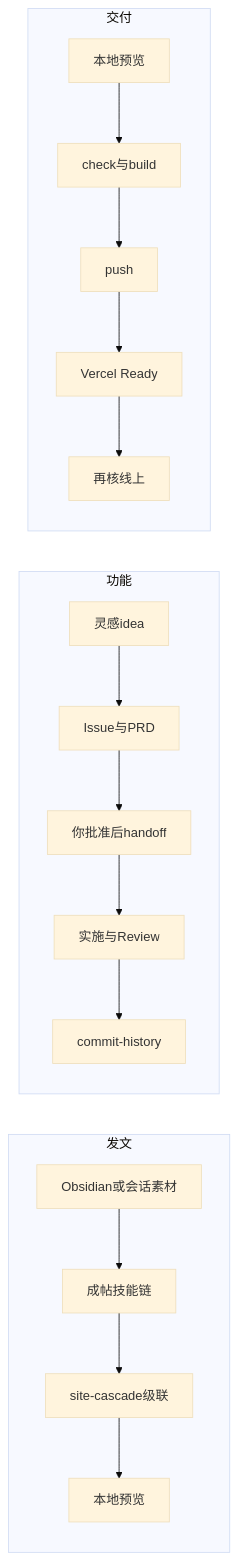
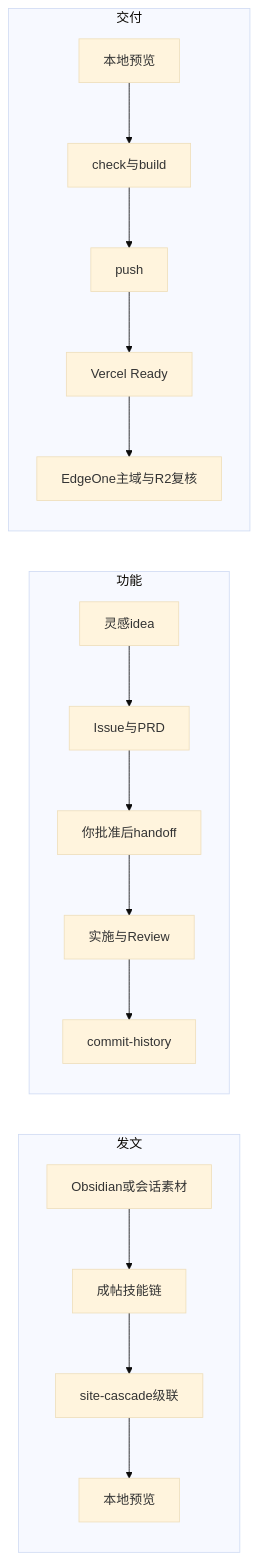
The diagram in README.md (Aafff623/fork-Firefly), drawn with Mermaid (base theme) before and after one commit. The commit also changed other lines of this file and 3 other files, not shown here.

````diff
--- a/README.md
+++ b/README.md
@@ -285,20 +287,20 @@
 ```mermaid
 flowchart LR
   subgraph publish [发文]
     A1[Obsidian或会话素材] --> A2[成帖技能链]
     A2 --> A3[site-cascade级联]
     A3 --> A4[本地预览]
   end
   subgraph feature [功能]
     B1[灵感idea] --> B2[Issue与PRD]
     B2 --> B3[你批准后handoff]
     B3 --> B4[实施与Review]
     B4 --> B5[commit-history]
   end
   subgraph ship [交付]
     C1[本地预览] --> C2[check与build]
     C2 --> C3[push]
     C3 --> C4[Vercel Ready]
-    C4 --> C5[再核线上]
+    C4 --> C5[EdgeOne主域与R2复核]
   end
 ```
````
